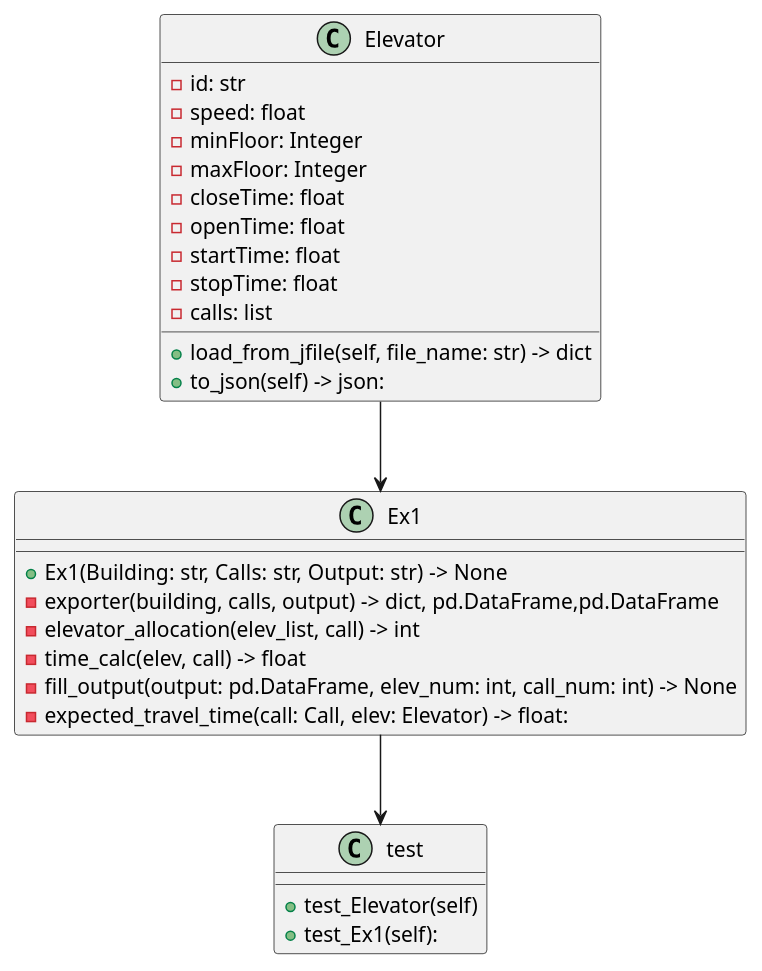
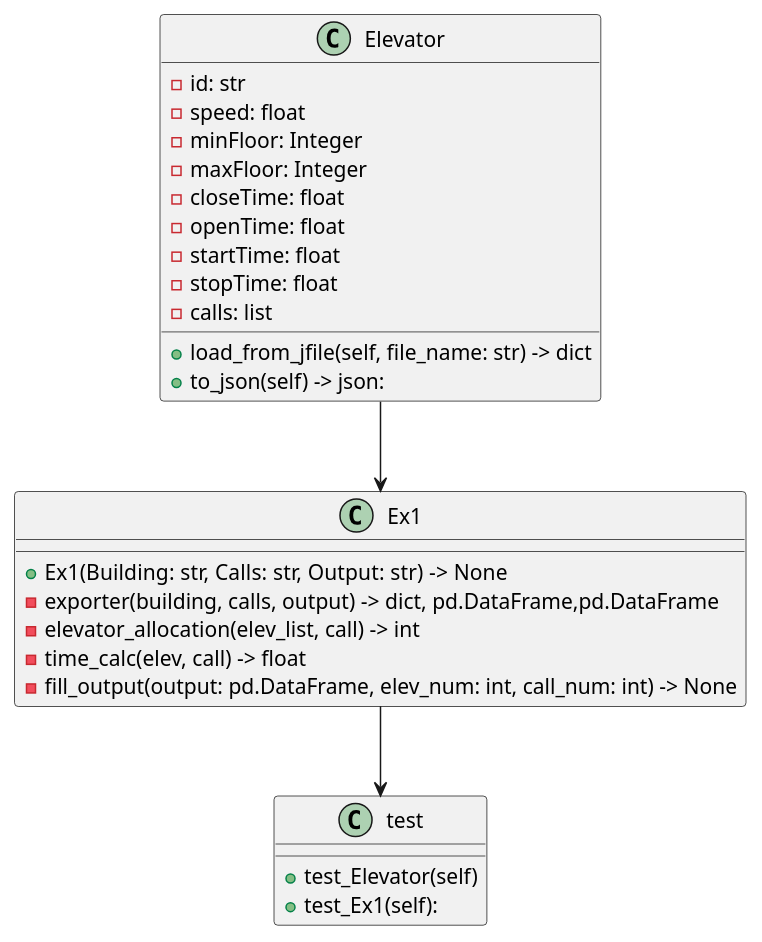
Before and after one commit to haimgoldfisher/OOP_ex1: the diagram in UML.puml, drawn with PlantUML. The commit also changed 5734 other files, not shown here.

```diff
--- a/UML.puml
+++ b/UML.puml
@@ -1,38 +1,37 @@
 @startuml
 
 class Elevator
 {
     - id: str
     - speed: float
     - minFloor: Integer
     - maxFloor: Integer
     - closeTime: float
     - openTime: float
     - startTime: float
     - stopTime: float
     - calls: list
     + load_from_jfile(self, file_name: str) -> dict
     + to_json(self) -> json:
 }
 
 class Ex1
 {
     + Ex1(Building: str, Calls: str, Output: str) -> None
     - exporter(building, calls, output) -> dict, pd.DataFrame,pd.DataFrame
     - elevator_allocation(elev_list, call) -> int
     - time_calc(elev, call) -> float
     - fill_output(output: pd.DataFrame, elev_num: int, call_num: int) -> None
-    - expected_travel_time(call: Call, elev: Elevator) -> float:
 
 }
 
 class test
 {
     + test_Elevator(self)
     + test_Ex1(self):
 }
 
 Elevator --> Ex1
 Ex1 --> test
 
 @enduml
```
